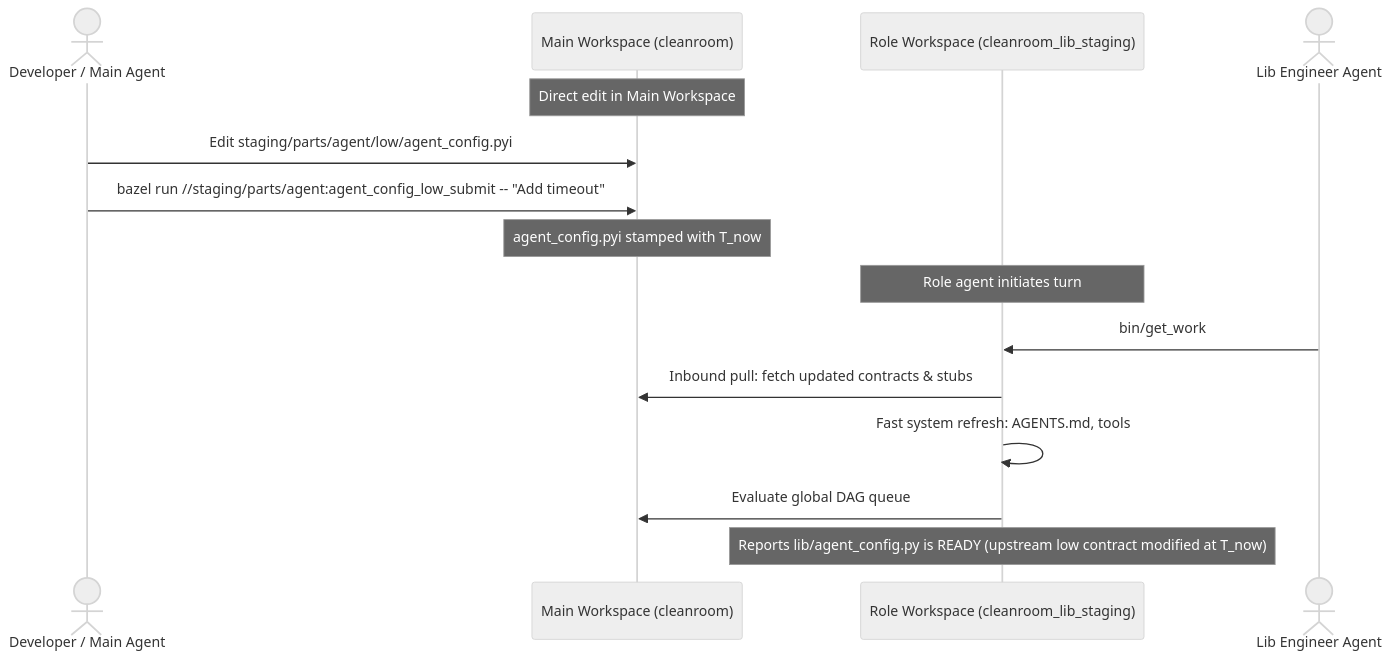
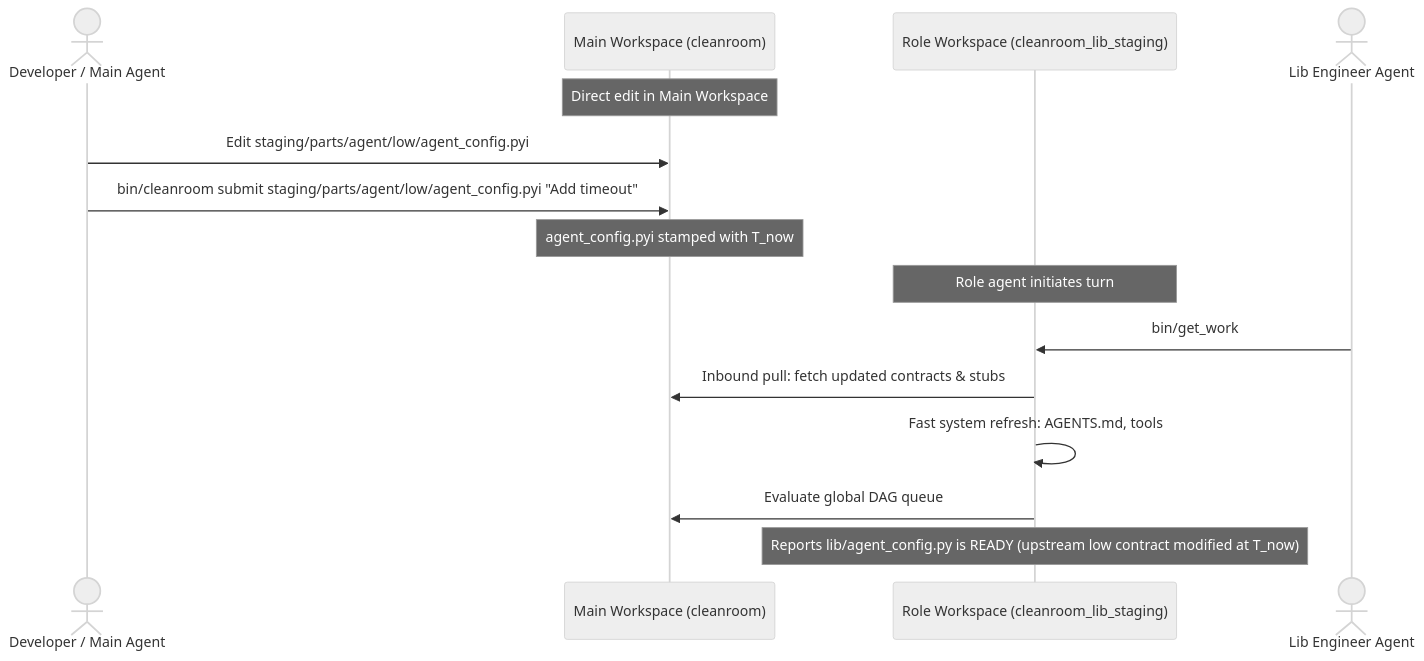
The fifth of 5 diagrams in design-docs/subagentless_cleanroom_workspaces.md (mcdirmid/cleanroom), drawn with Mermaid (neutral theme) before and after one commit. The commit also changed other lines of this file and 622 other files, not shown here.

````diff
--- a/design-docs/subagentless_cleanroom_workspaces.md
+++ b/design-docs/subagentless_cleanroom_workspaces.md
@@ -386,19 +386,19 @@
 ```mermaid
 sequenceDiagram
     actor Dev as Developer / Main Agent
     participant Main as Main Workspace (cleanroom)
     participant RoleWS as Role Workspace (cleanroom_lib_staging)
     actor RoleAgent as Lib Engineer Agent
 
     Note over Main: Direct edit in Main Workspace
     Dev->>Main: Edit staging/parts/agent/low/agent_config.pyi
-    Dev->>Main: bazel run //staging/parts/agent:agent_config_low_submit -- "Add timeout"
+    Dev->>Main: bin/cleanroom submit staging/parts/agent/low/agent_config.pyi "Add timeout"
     Note over Main: agent_config.pyi stamped with T_now
 
     Note over RoleWS: Role agent initiates turn
     RoleAgent->>RoleWS: bin/get_work
     RoleWS->>Main: Inbound pull: fetch updated contracts & stubs
     RoleWS->>RoleWS: Fast system refresh: AGENTS.md, tools
     RoleWS->>Main: Evaluate global DAG queue
     Note over RoleWS: Reports lib/agent_config.py is READY (upstream low contract modified at T_now)
 ```
````
